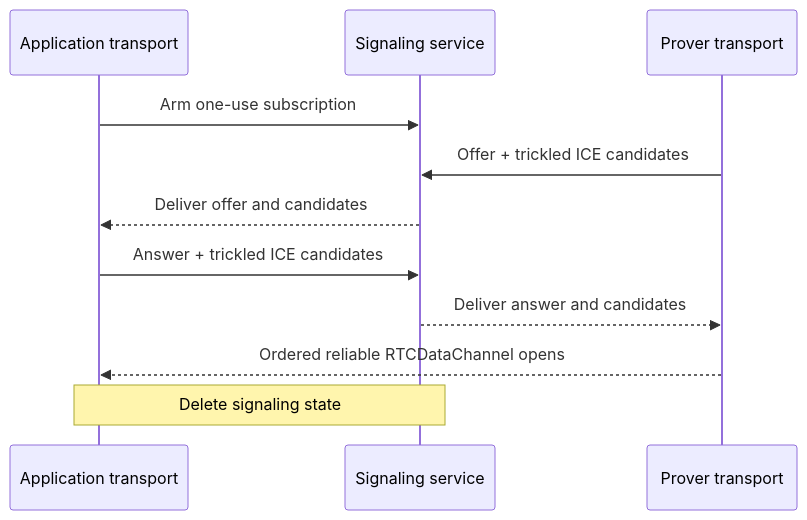
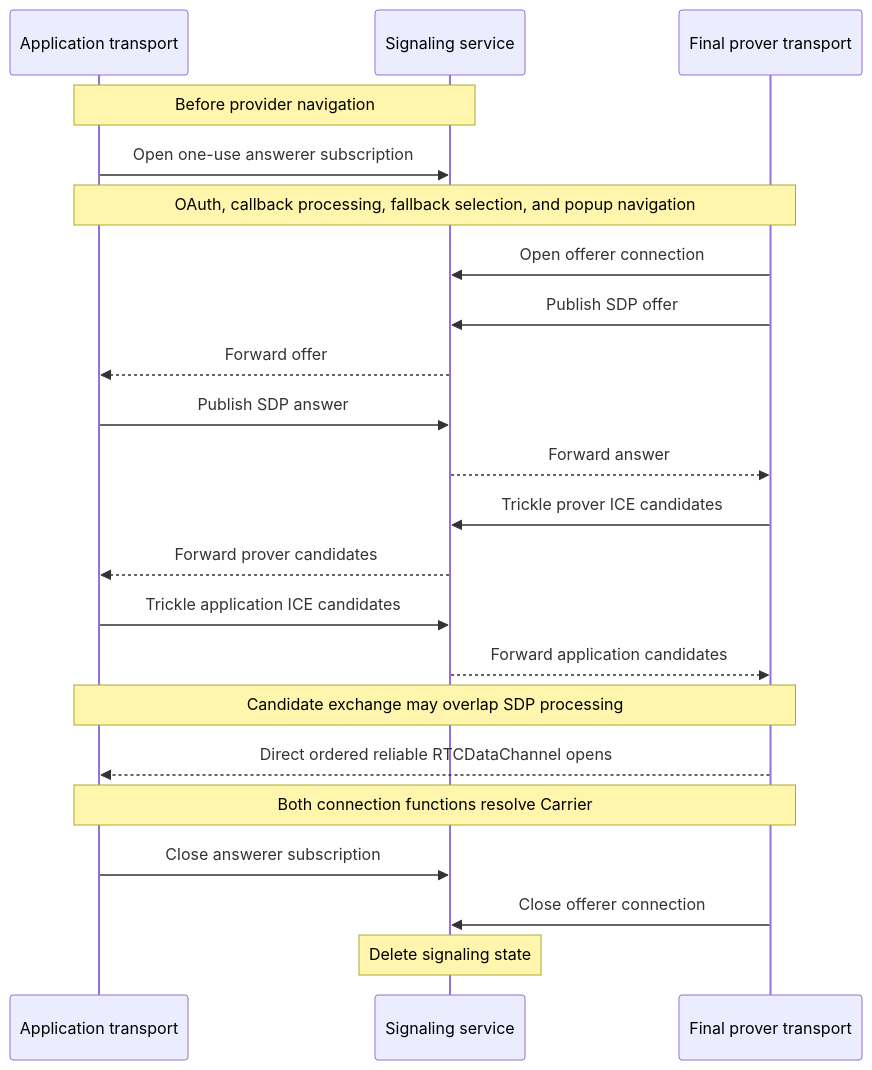
Before and after one commit to libid-org/libid: the diagram in ts/packages/ceremony/CCDP-CARRIER-WEBRTC.md, drawn with Mermaid. The commit also changed other lines of this file and 3 other files, not shown here.

Commit message:
docs: type carriers and clarify RTC sequence

````diff
--- a/ts/packages/ceremony/CCDP-CARRIER-WEBRTC.md
+++ b/ts/packages/ceremony/CCDP-CARRIER-WEBRTC.md
@@ -224,14 +233,25 @@
 ```mermaid
 sequenceDiagram
     participant A as Application transport
     participant G as Signaling service
-    participant P as Prover transport
+    participant P as Final prover transport
 
-    A->>G: Arm one-use subscription
-    P->>G: Offer + trickled ICE candidates
-    G-->>A: Deliver offer and candidates
-    A->>G: Answer + trickled ICE candidates
-    G-->>P: Deliver answer and candidates
-    P-->>A: Ordered reliable RTCDataChannel opens
-    Note over A,G: Delete signaling state
+    Note over A,G: Before provider navigation
+    A->>G: Open one-use answerer subscription
+    Note over A,P: OAuth, callback processing, fallback selection, and popup navigation
+    P->>G: Open offerer connection
+    P->>G: Publish SDP offer
+    G-->>A: Forward offer
+    A->>G: Publish SDP answer
+    G-->>P: Forward answer
+    P->>G: Trickle prover ICE candidates
+    G-->>A: Forward prover candidates
+    A->>G: Trickle application ICE candidates
+    G-->>P: Forward application candidates
+    Note over A,P: Candidate exchange may overlap SDP processing
+    P-->>A: Direct ordered reliable RTCDataChannel opens
+    Note over A,P: Both connection functions resolve Carrier
+    A->>G: Close answerer subscription
+    P->>G: Close offerer connection
+    Note over G: Delete signaling state
 ```
````
